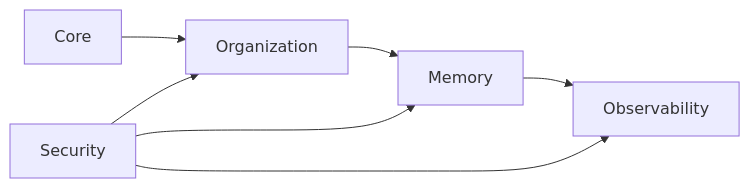
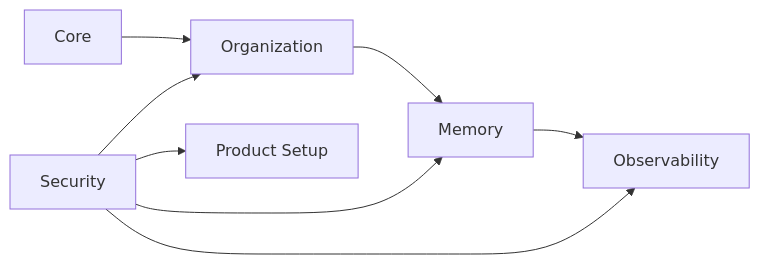
One commit to wessel05j/PAOS changed the diagram in docs/foundation/README.md. Above: the diagram before and after it, drawn with Mermaid. The commit also changed other lines of this file and 4 other files, not shown here.

````diff
--- a/docs/foundation/README.md
+++ b/docs/foundation/README.md
@@ -17,15 +18,17 @@
 ```mermaid
 flowchart LR
     C[Core]
     O[Organization]
     M[Memory]
     Obs[Observability]
     S[Security]
+    PS[Product Setup]
 
     C --> O
     O --> M
     M --> Obs
     S --> O
     S --> M
     S --> Obs
+    S --> PS
 ```
````
